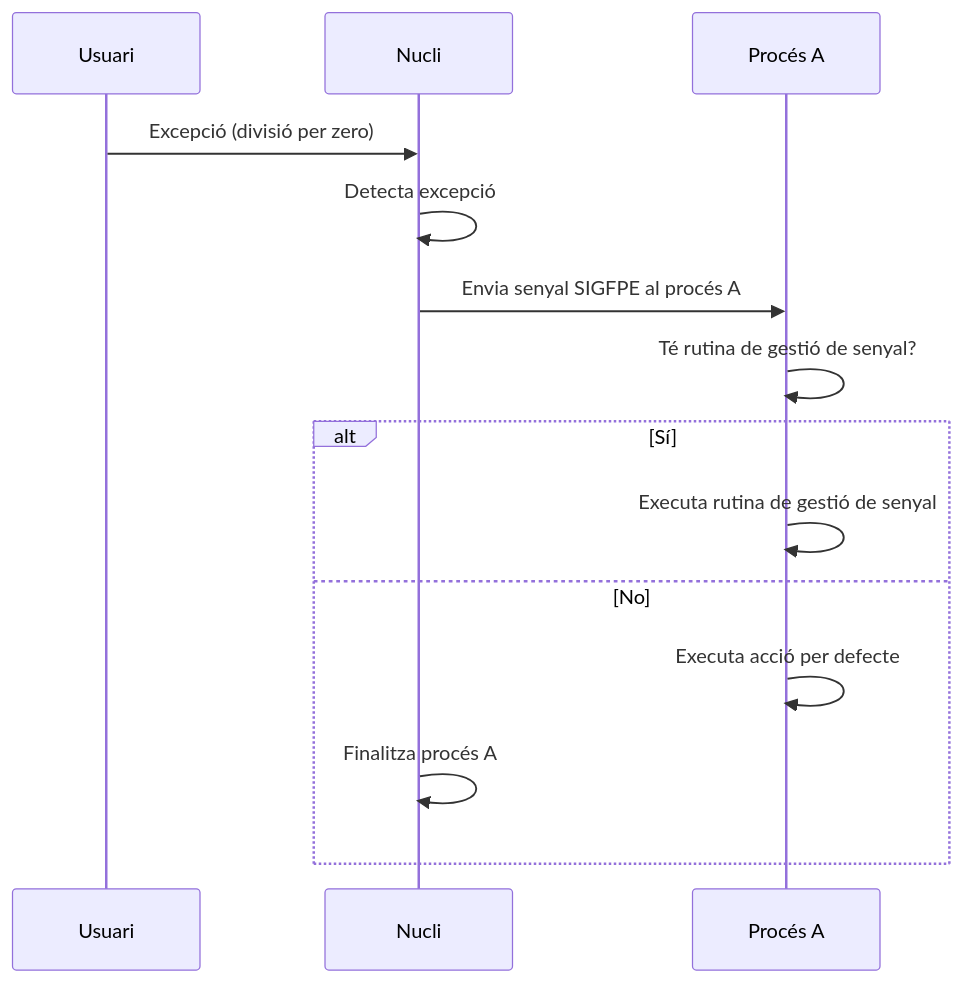
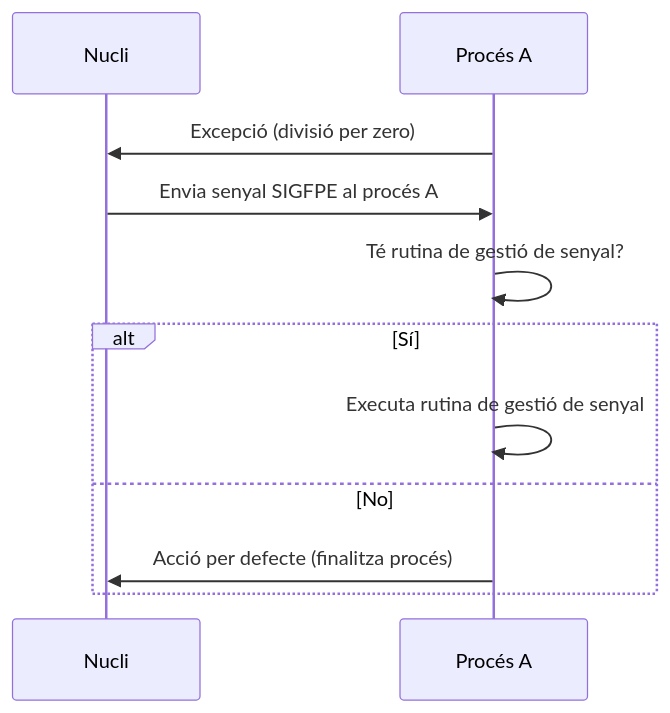
Before and after one commit to os-gei-udl-2526-105012/course: the first of 3 diagrams in slides/03-signals.qmd, drawn with Mermaid. The commit also changed other lines of this file and 4 other files, not shown here.

````diff
--- a/slides/03-signals.qmd
+++ b/slides/03-signals.qmd
@@ -39,18 +39,14 @@
 ```{mermaid}
 %%| echo: false
 sequenceDiagram 
-    participant U as Usuari
     participant K as Nucli
     participant A as Procés A
-
-    U->>K: Excepció (divisió per zero)
-    K->>K: Detecta excepció
+    A->>K: Excepció (divisió per zero)
     K->>A: Envia senyal SIGFPE al procés A
     A->>A: Té rutina de gestió de senyal?
     alt Sí
         A->>A: Executa rutina de gestió de senyal
     else No
-        A->>A: Executa acció per defecte
-        K->>K: Finalitza procés A
+        A->>K: Acció per defecte (finalitza procés)
     end
 ```
````
